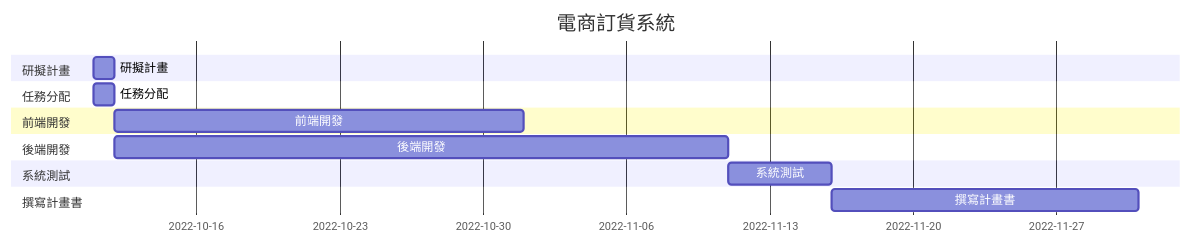
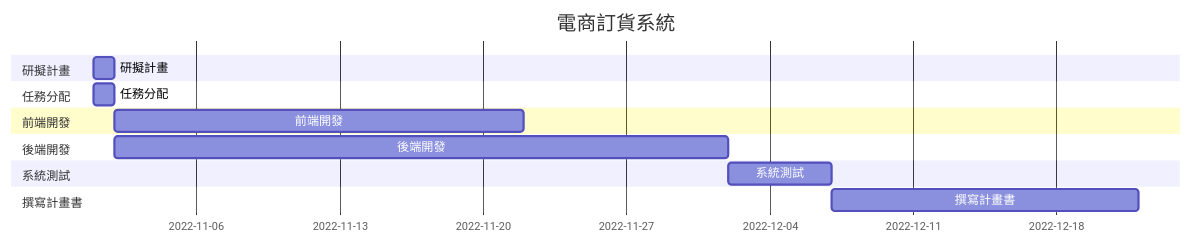
The diagram in README.md (Hsxxnil/SystemAnalysis-group15), drawn with Mermaid before and after one commit.

````diff
--- a/README.md
+++ b/README.md
@@ -23,21 +23,21 @@
 ```mermaid
 gantt
     title 電商訂貨系統
     section 研擬計畫
-    研擬計畫:a1, 2022-10-11, 1d
+    研擬計畫:a1, 2022-11-1, 1d
     
     section 任務分配
-    任務分配:a2,2022-10-11, 1d
+    任務分配:a2,2022-11-1, 1d
     
     section 前端開發
     前端開發:a3,after a2,20d
     
     section 後端開發
     後端開發:a4,after a2, 30d
     
     section 系統測試
     系統測試:a5,after a4, 5d
     
     section 撰寫計畫書
     撰寫計畫書:a6,after a5, 15d
 ```
````
